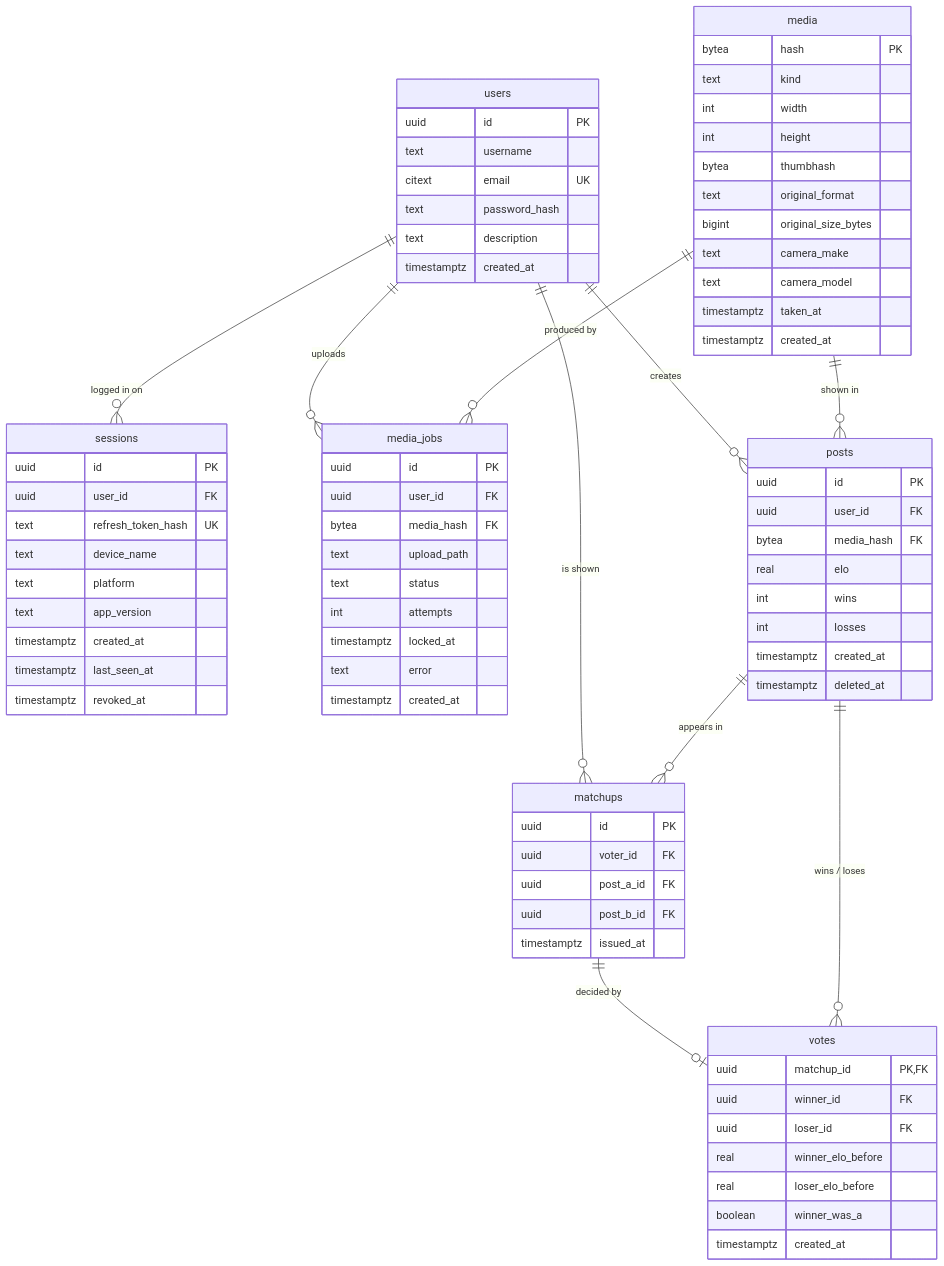
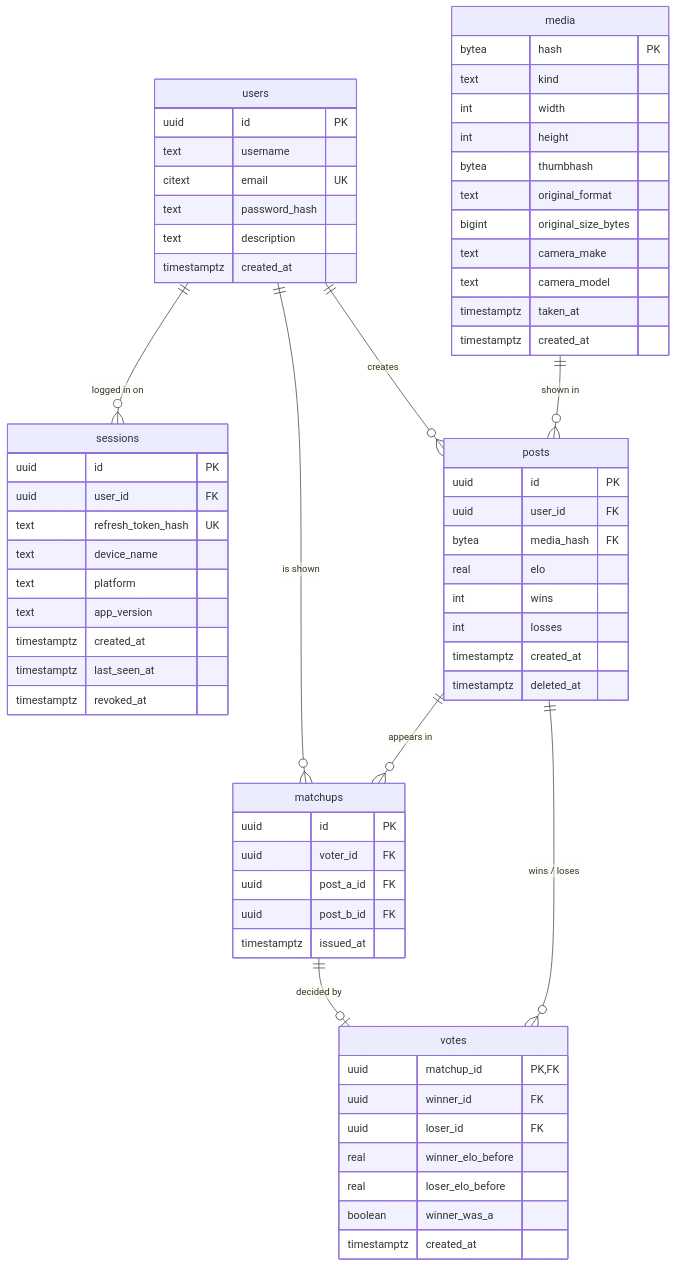
The diagram in DatabaseDiagram.md (Aarhus-tech-project/2026q4-h5-projektstyring-og-app-programmering-group-2), drawn with Mermaid before and after one commit. The commit also changed 4 other files, not shown here.

````diff
--- a/DatabaseDiagram.md
+++ b/DatabaseDiagram.md
@@ -1,82 +1,69 @@
 ```mermaid
 erDiagram
     users {
         uuid id PK
         text username
         citext email UK
         text password_hash
         text description
         timestamptz created_at
     }
     sessions {
         uuid id PK
         uuid user_id FK
         text refresh_token_hash UK
         text device_name
         text platform
         text app_version
         timestamptz created_at
         timestamptz last_seen_at
         timestamptz revoked_at
     }
     media {
         bytea hash PK
         text kind
         int width
         int height
         bytea thumbhash
         text original_format
         bigint original_size_bytes
         text camera_make
         text camera_model
         timestamptz taken_at
         timestamptz created_at
     }
-    media_jobs {
-        uuid id PK
-        uuid user_id FK
-        bytea media_hash FK
-        text upload_path
-        text status
-        int attempts
-        timestamptz locked_at
-        text error
-        timestamptz created_at
-    }
     posts {
         uuid id PK
         uuid user_id FK
         bytea media_hash FK
         real elo
         int wins
         int losses
         timestamptz created_at
         timestamptz deleted_at
     }
     matchups {
         uuid id PK
         uuid voter_id FK
         uuid post_a_id FK
         uuid post_b_id FK
         timestamptz issued_at
     }
     votes {
         uuid matchup_id PK, FK
         uuid winner_id FK
         uuid loser_id FK
         real winner_elo_before
         real loser_elo_before
         boolean winner_was_a
         timestamptz created_at
     }
 
     users ||--o{ sessions : "logged in on"
     users ||--o{ posts : creates
     media ||--o{ posts : "shown in"
-    users ||--o{ media_jobs : uploads
-    media ||--o{ media_jobs : "produced by"
     users ||--o{ matchups : "is shown"
     posts ||--o{ matchups : "appears in"
     matchups ||--o| votes : "decided by"
     posts ||--o{ votes : "wins / loses"
 ```
````
